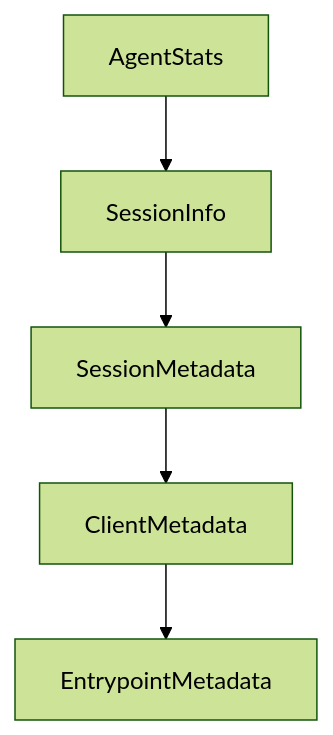
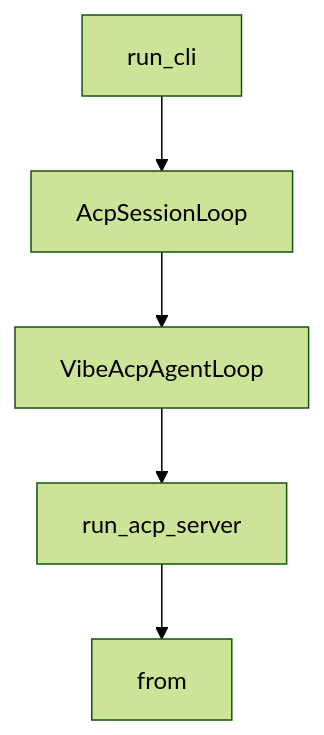
One commit to johnxie/awesome-code-docs changed the diagram in tutorials/mistral-vibe-tutorial/05-subagents-and-task-delegation.md. Above: the diagram before and after it, drawn with Mermaid (forest theme). The commit also changed other lines of this file and 1232 other files, not shown here.

````diff
--- a/tutorials/mistral-vibe-tutorial/05-subagents-and-task-delegation.md
+++ b/tutorials/mistral-vibe-tutorial/05-subagents-and-task-delegation.md
@@ -209,12 +194,12 @@
 ```mermaid
 flowchart TD
-    A[AgentStats]
-    B[SessionInfo]
-    C[SessionMetadata]
-    D[ClientMetadata]
-    E[EntrypointMetadata]
+    A[run_cli]
+    B[AcpSessionLoop]
+    C[VibeAcpAgentLoop]
+    D[run_acp_server]
+    E[from]
     A --> B
     B --> C
     C --> D
     D --> E
 ```
````
